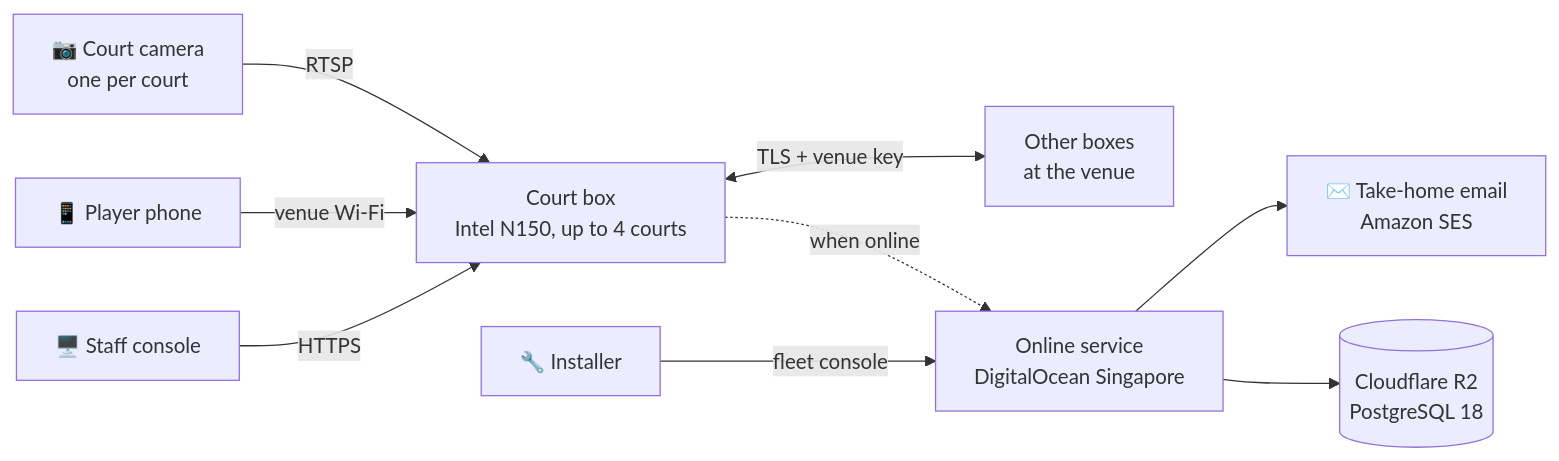
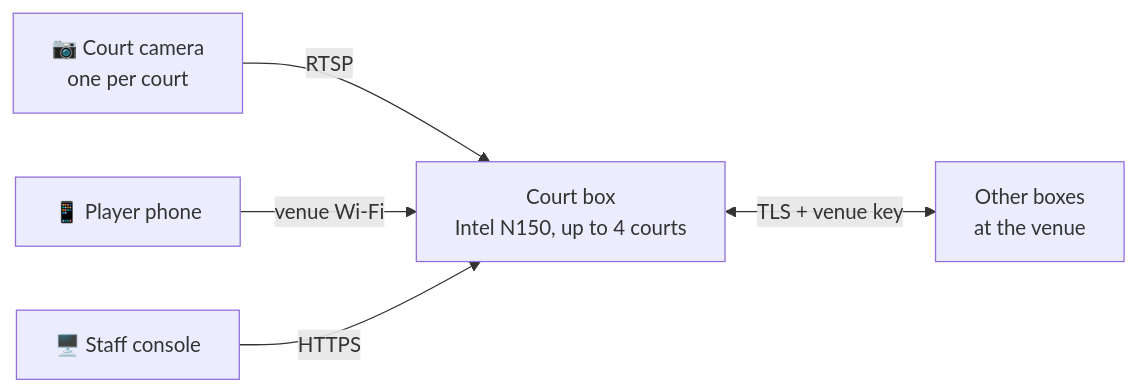
Before and after one commit to hanai-dev/court-highlights: the diagram in README.md, drawn with Mermaid. The commit also changed other lines of this file and 87 other files, not shown here.

First line of the commit message:
fix: venue network only — remove the online service, take-home email and fleet console (#2)

````diff
--- a/README.md
+++ b/README.md
@@ -79,11 +77,7 @@
 ```mermaid
 flowchart LR
   cam["📷 Court camera<br/>one per court"] -->|RTSP| box["Court box<br/>Intel N150, up to 4 courts"]
   phone["📱 Player phone"] -->|venue Wi-Fi| box
   staff["🖥️ Staff console"] -->|HTTPS| box
   box <-->|TLS + venue key| peers["Other boxes<br/>at the venue"]
-  box -.->|when online| cloud["Online service<br/>DigitalOcean Singapore"]
-  cloud --> email["✉️ Take-home email<br/>Amazon SES"]
-  cloud --> store[("Cloudflare R2<br/>PostgreSQL 18")]
-  installer["🔧 Installer"] -->|fleet console| cloud
 ```
````
